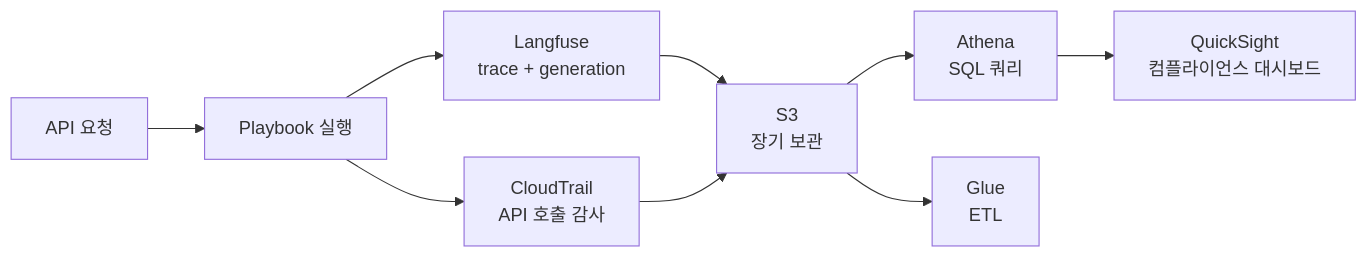
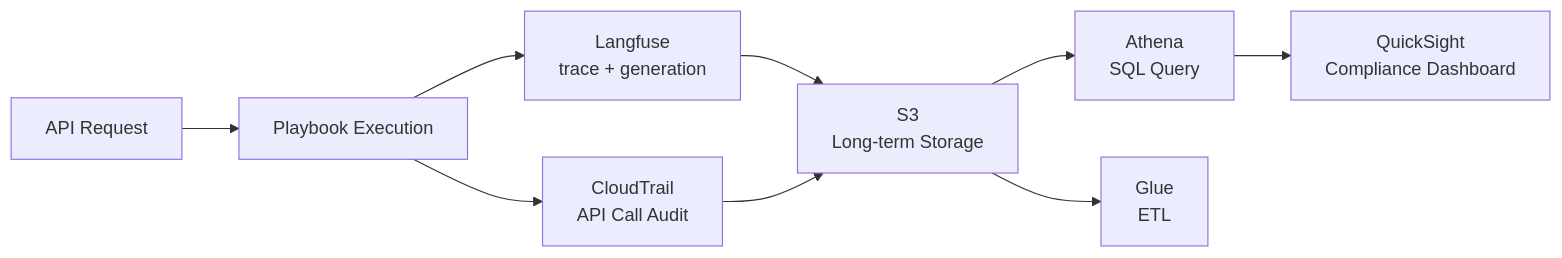
The second of 4 diagrams in docs/agentic-ai-platform/operations-mlops/governance/agentic-playbook.md (devfloor9/engineering-playbook), drawn with Mermaid before and after one commit. The commit also changed other lines of this file and 954 other files, not shown here.

````diff
--- a/docs/agentic-ai-platform/operations-mlops/governance/agentic-playbook.md
+++ b/docs/agentic-ai-platform/operations-mlops/governance/agentic-playbook.md
@@ -316,15 +316,15 @@
 ```mermaid
 graph LR
-    Request[API 요청] --> Playbook[Playbook 실행]
+    Request[API Request] --> Playbook[Playbook Execution]
     
     Playbook --> Langfuse[Langfuse<br/>trace + generation]
-    Playbook --> CloudTrail[CloudTrail<br/>API 호출 감사]
+    Playbook --> CloudTrail[CloudTrail<br/>API Call Audit]
     
-    Langfuse --> S3[S3<br/>장기 보관]
+    Langfuse --> S3[S3<br/>Long-term Storage]
     CloudTrail --> S3
     
-    S3 --> Athena[Athena<br/>SQL 쿼리]
+    S3 --> Athena[Athena<br/>SQL Query]
     S3 --> Glue[Glue<br/>ETL]
     
-    Athena --> QuickSight[QuickSight<br/>컴플라이언스 대시보드]
+    Athena --> QuickSight[QuickSight<br/>Compliance Dashboard]
 ```
````
